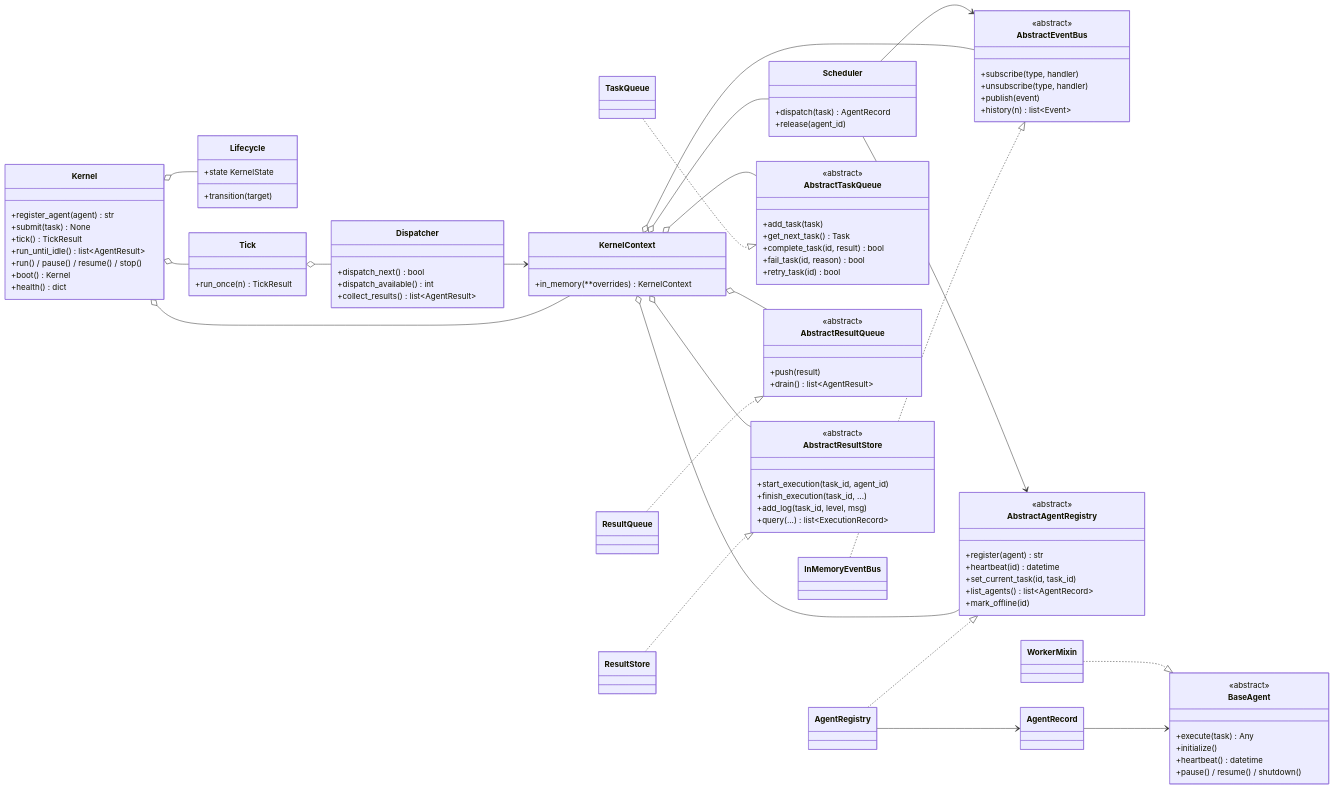
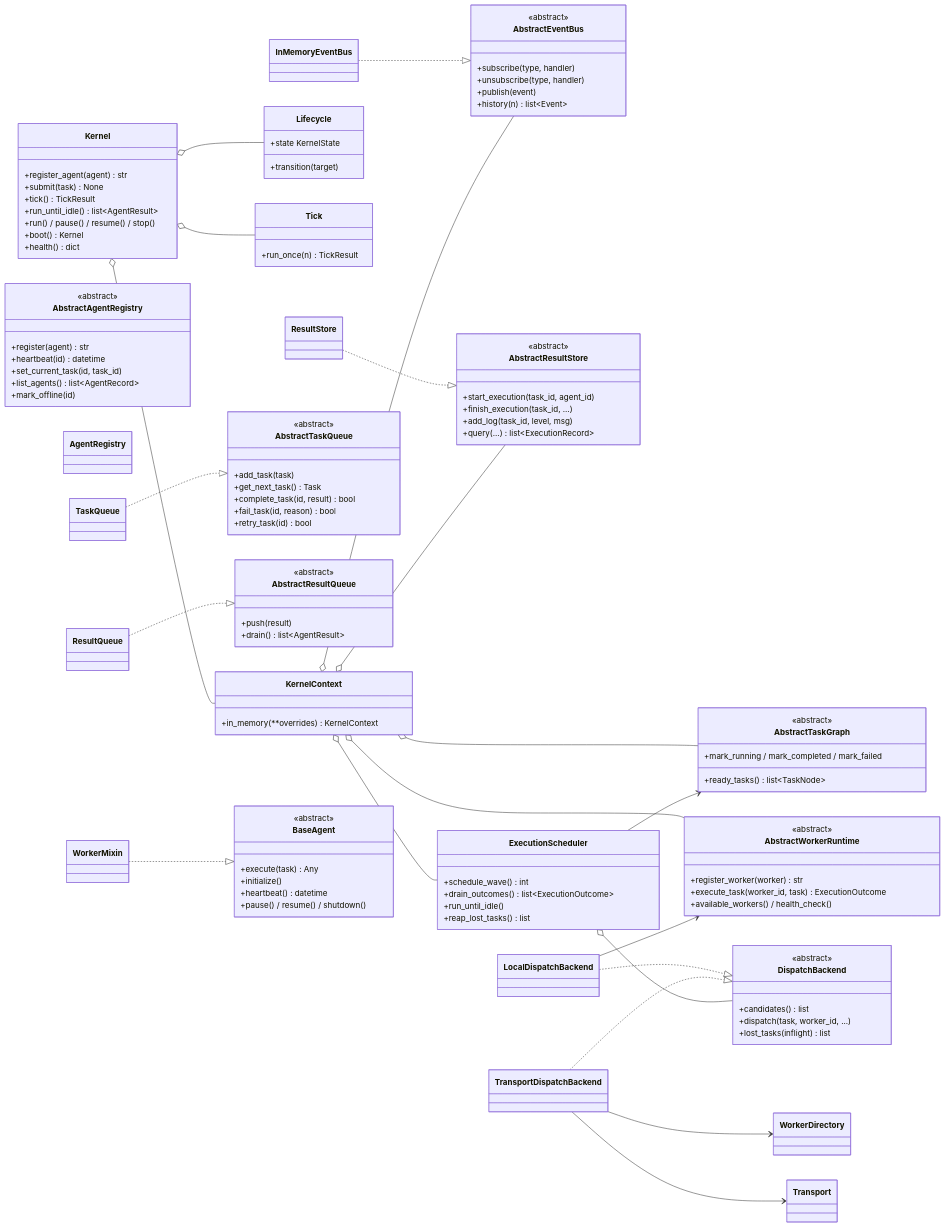
Before and after one commit to Kishorevijay07/AgentOS: the first of 3 diagrams in docs/ARCHITECTURE.md, drawn with Mermaid. The commit also changed other lines of this file and 27 other files, not shown here.

First line of the commit message:
v0.7: One unified scheduler behind a dispatch-backend seam + RedisTransport

````diff
--- a/docs/ARCHITECTURE.md
+++ b/docs/ARCHITECTURE.md
@@ -150,14 +159,31 @@
     }
     class ResultStore
 
-    class Scheduler {
-        +dispatch(task) AgentRecord
-        +release(agent_id)
+    class ExecutionScheduler {
+        +schedule_wave() int
+        +drain_outcomes() list~ExecutionOutcome~
+        +run_until_idle()
+        +reap_lost_tasks() list
     }
-    class Dispatcher {
-        +dispatch_next() bool
-        +dispatch_available() int
-        +collect_results() list~AgentResult~
+    class DispatchBackend {
+        <<abstract>>
+        +candidates() list
+        +dispatch(task, worker_id, ...)
+        +lost_tasks(inflight) list
+    }
+    class LocalDispatchBackend
+    class TransportDispatchBackend
+
+    class AbstractTaskGraph {
+        <<abstract>>
+        +ready_tasks() list~TaskNode~
+        +mark_running / mark_completed / mark_failed
+    }
+    class AbstractWorkerRuntime {
+        <<abstract>>
+        +register_worker(worker) str
+        +execute_task(worker_id, task) ExecutionOutcome
+        +available_workers() / health_check()
     }
 
     class BaseAgent {
@@ -168,31 +194,29 @@
         +pause() / resume() / shutdown()
     }
     class WorkerMixin
-    class AgentRecord
 
     InMemoryEventBus ..|> AbstractEventBus
-    AgentRegistry ..|> AbstractAgentRegistry
     TaskQueue ..|> AbstractTaskQueue
     ResultQueue ..|> AbstractResultQueue
     ResultStore ..|> AbstractResultStore
+    LocalDispatchBackend ..|> DispatchBackend
+    TransportDispatchBackend ..|> DispatchBackend
 
     KernelContext o-- AbstractEventBus
-    KernelContext o-- AbstractAgentRegistry
-    KernelContext o-- AbstractTaskQueue
-    KernelContext o-- AbstractResultQueue
+    KernelContext o-- AbstractTaskGraph
+    KernelContext o-- AbstractWorkerRuntime
     KernelContext o-- AbstractResultStore
-    KernelContext o-- Scheduler
+    KernelContext o-- ExecutionScheduler
 
     Kernel o-- KernelContext
     Kernel o-- Lifecycle
     Kernel o-- Tick
-    Tick o-- Dispatcher
-    Dispatcher --> KernelContext
 
-    Scheduler --> AbstractAgentRegistry
-    Scheduler --> AbstractEventBus
+    ExecutionScheduler --> AbstractTaskGraph
+    ExecutionScheduler o-- DispatchBackend
+    LocalDispatchBackend --> AbstractWorkerRuntime
+    TransportDispatchBackend --> WorkerDirectory
+    TransportDispatchBackend --> Transport
 
-    AgentRegistry --> AgentRecord
-    AgentRecord --> BaseAgent
     WorkerMixin ..|> BaseAgent
 ```
````
